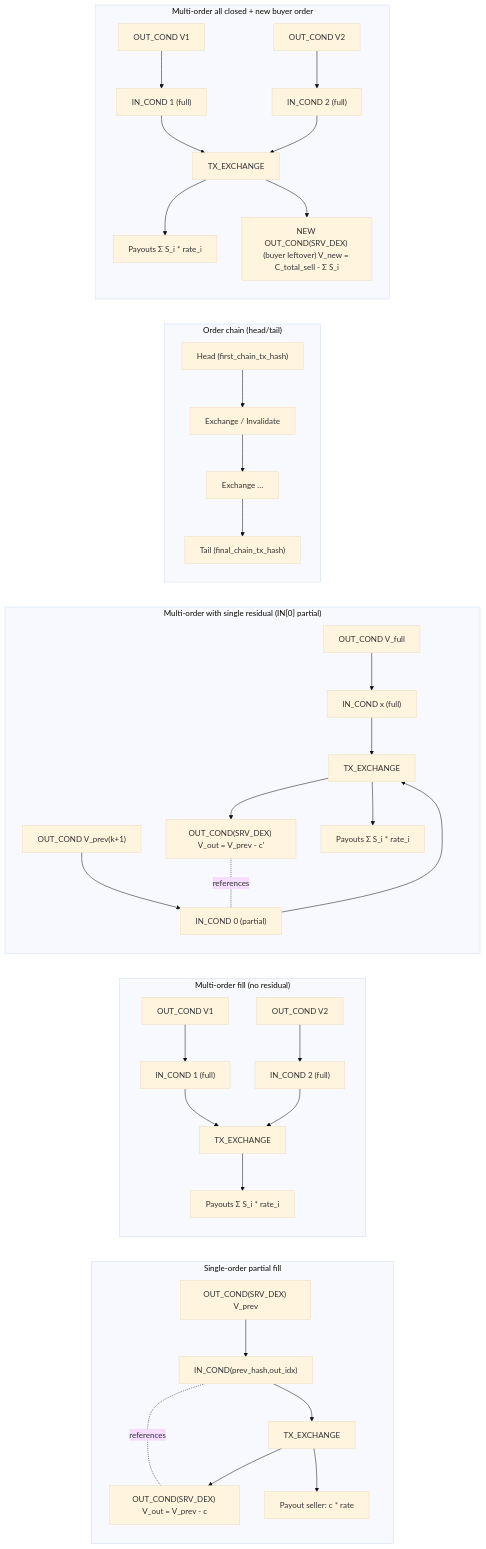
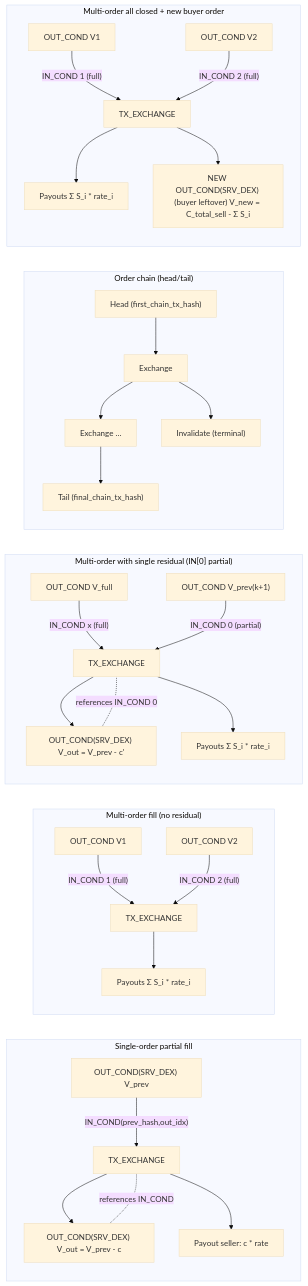
The first of 8 diagrams in modules/service/dex/docs/11_DIAGRAMS.md (demlabs-cellframe/cellframe-sdk), drawn with Mermaid (base theme) before and after one commit. The commit also changed other lines of this file, not shown here.

````diff
--- a/modules/service/dex/docs/11_DIAGRAMS.md
+++ b/modules/service/dex/docs/11_DIAGRAMS.md
@@ -5,42 +5,36 @@
 ```mermaid
 flowchart LR
 
 subgraph A["Single-order partial fill"]
-  O_prev["OUT_COND(SRV_DEX) V_prev"] --> IN0["IN_COND(prev_hash,out_idx)"]
-  IN0 --> TX1["TX_EXCHANGE"]
+  O_prev["OUT_COND(SRV_DEX) V_prev"] -- "IN_COND(prev_hash,out_idx)" --> TX1["TX_EXCHANGE"]
   TX1 --> R["OUT_COND(SRV_DEX) V_out = V_prev - c"]
   TX1 --> P["Payout seller: c * rate"]
-  R -. "references" .- IN0
+  R -. "references IN_COND" .- TX1
 end
 
 subgraph B["Multi-order fill (no residual)"]
-  O1["OUT_COND V1"] --> IN1["IN_COND 1 (full)"]
-  O2["OUT_COND V2"] --> IN2["IN_COND 2 (full)"]
-  IN1 --> TX2["TX_EXCHANGE"]
-  IN2 --> TX2
+  O1["OUT_COND V1"] -- "IN_COND 1 (full)" --> TX2["TX_EXCHANGE"]
+  O2["OUT_COND V2"] -- "IN_COND 2 (full)" --> TX2
   TX2 --> P1["Payouts Σ S_i * rate_i"]
 end
 
 subgraph C["Multi-order with single residual (IN[0] partial)"]
-  O_full["OUT_COND V_full"] --> INx["IN_COND x (full)"]
-  O_part["OUT_COND V_prev(k+1)"] --> IN0c["IN_COND 0 (partial)"]
-  INx --> TX3["TX_EXCHANGE"]
-  IN0c --> TX3
+  O_full["OUT_COND V_full"] -- "IN_COND x (full)" --> TX3["TX_EXCHANGE"]
+  O_part["OUT_COND V_prev(k+1)"] -- "IN_COND 0 (partial)" --> TX3
   TX3 --> Rc["OUT_COND(SRV_DEX) V_out = V_prev - c'"]
   TX3 --> P2["Payouts Σ S_i * rate_i"]
-  Rc -. "references" .- IN0c
+  Rc -. "references IN_COND 0" .- TX3
 end
 
 subgraph D["Order chain (head/tail)"]
-  Head["Head (first_chain_tx_hash)"] --> E1["Exchange / Invalidate"] --> E2["Exchange …"] --> Tail["Tail (final_chain_tx_hash)"]
+  Head["Head (first_chain_tx_hash)"] --> E1["Exchange"] --> E2["Exchange …"] --> Tail["Tail (final_chain_tx_hash)"]
+  E1 --> I1["Invalidate (terminal)"]
 end
 
 subgraph E["Multi-order all closed + new buyer order"]
-  Oa["OUT_COND V1"] --> INa["IN_COND 1 (full)"]
-  Ob["OUT_COND V2"] --> INb["IN_COND 2 (full)"]
-  INa --> TX4["TX_EXCHANGE"]
-  INb --> TX4
+  Oa["OUT_COND V1"] -- "IN_COND 1 (full)" --> TX4["TX_EXCHANGE"]
+  Ob["OUT_COND V2"] -- "IN_COND 2 (full)" --> TX4
   TX4 --> P3["Payouts Σ S_i * rate_i"]
   TX4 --> Rb["NEW OUT_COND(SRV_DEX) (buyer leftover) V_new = C_total_sell - Σ S_i"]
 end
 ```
````
